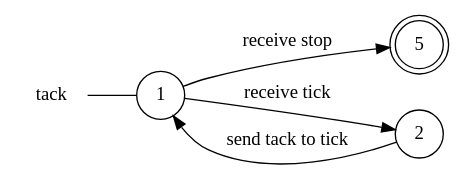
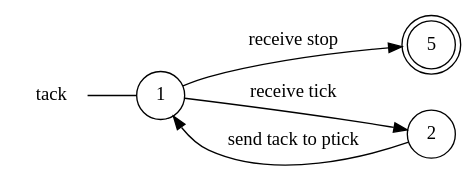
One commit to gabrielegenovese/chorer changed the diagram in out/tack_local_view.dot. Above: the diagram before and after it, drawn with Graphviz. The commit also changed 10 other files, not shown here.

```diff
--- a/out/tack_local_view.dot
+++ b/out/tack_local_view.dot
@@ -1,12 +1,12 @@
 digraph tack {
 	rankdir="LR";
 	n_0 [label="tack", shape="plaintext"];
 	n_1 [id="5", shape=doublecircle, label="5"];
 	n_2 [id="1", shape=circle, label="1"];
 	n_0 -> n_2 [arrowhead=none];
 	n_3 [id="2", shape=circle, label="2"];
 
 	n_2 -> n_1 [id="[$e|5]", label="receive stop"];
 	n_2 -> n_3 [id="[$e|0]", label="receive tick"];
-	n_3 -> n_2 [id="[$e|6]", label="send tack to tick"];
+	n_3 -> n_2 [id="[$e|6]", label="send tack to ptick"];
 }
```
